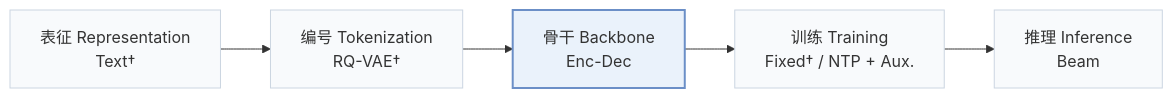
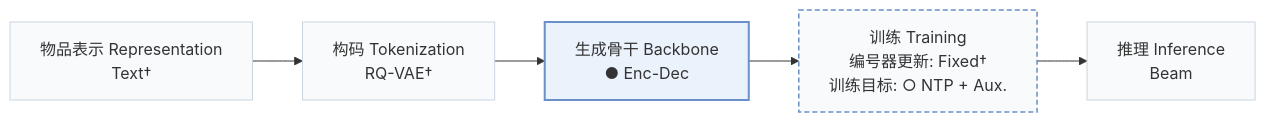
The first of 2 diagrams in pages/zh/papers/lion.md (Galaxy-ghost/Awesome-SID-Generative-Rec), drawn with Mermaid before and after one commit. The commit also changed other lines of this file and 558 other files, not shown here.

````diff
--- a/pages/zh/papers/lion.md
+++ b/pages/zh/papers/lion.md
@@ -15,8 +18,10 @@
 ```mermaid
 flowchart LR
-    R["表征 Representation<br/>Text†"] --> T["编号 Tokenization<br/>RQ-VAE†"] --> B["骨干 Backbone<br/>Enc-Dec"] --> TR["训练 Training<br/>Fixed† / NTP + Aux."] --> I["推理 Inference<br/>Beam"]
+    R["物品表示 Representation<br/>Text†"] --> T["构码 Tokenization<br/>RQ-VAE†"] --> B["生成骨干 Backbone<br/>● Enc-Dec"] --> TR["训练 Training<br/>编号器更新: Fixed†<br/>训练目标: ○ NTP + Aux."] --> I["推理 Inference<br/>Beam"]
     classDef base fill:#f8fafc,stroke:#cbd5e1
     class R,T,B,TR,I base
+    classDef other fill:#f8fafc,stroke:#6b8fc7,stroke-width:1.5px,stroke-dasharray:5 3
+    class TR other
     classDef main fill:#eaf2fb,stroke:#6b8fc7,stroke-width:2px
     class B main
 ```
````
